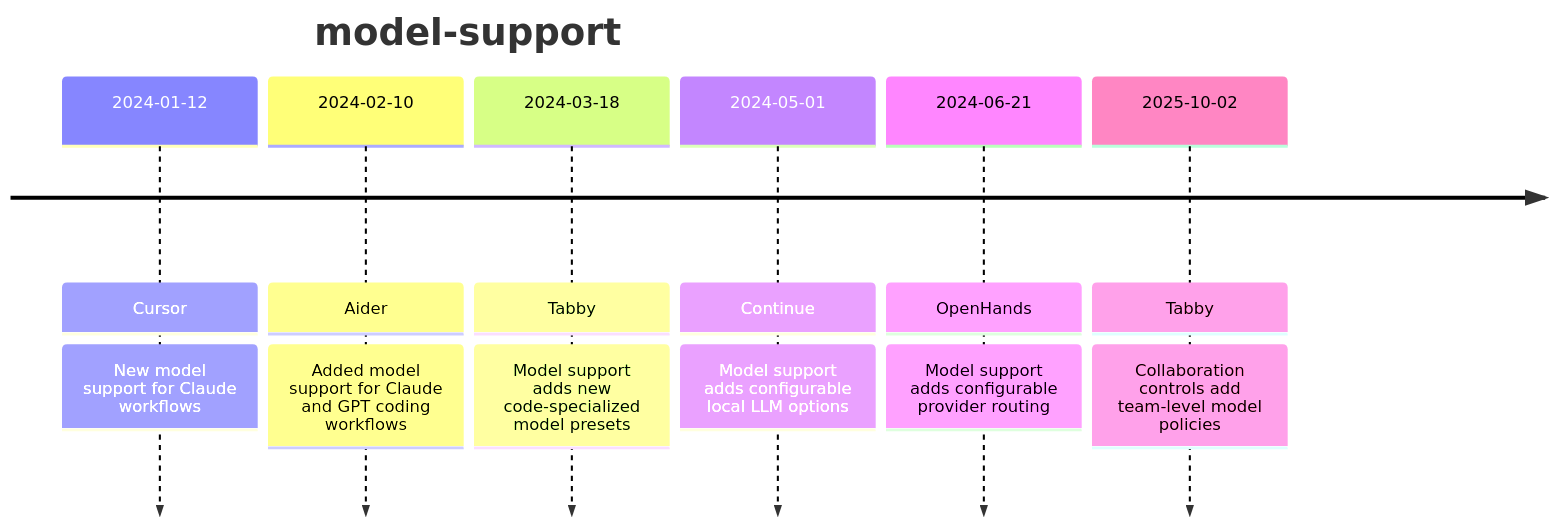
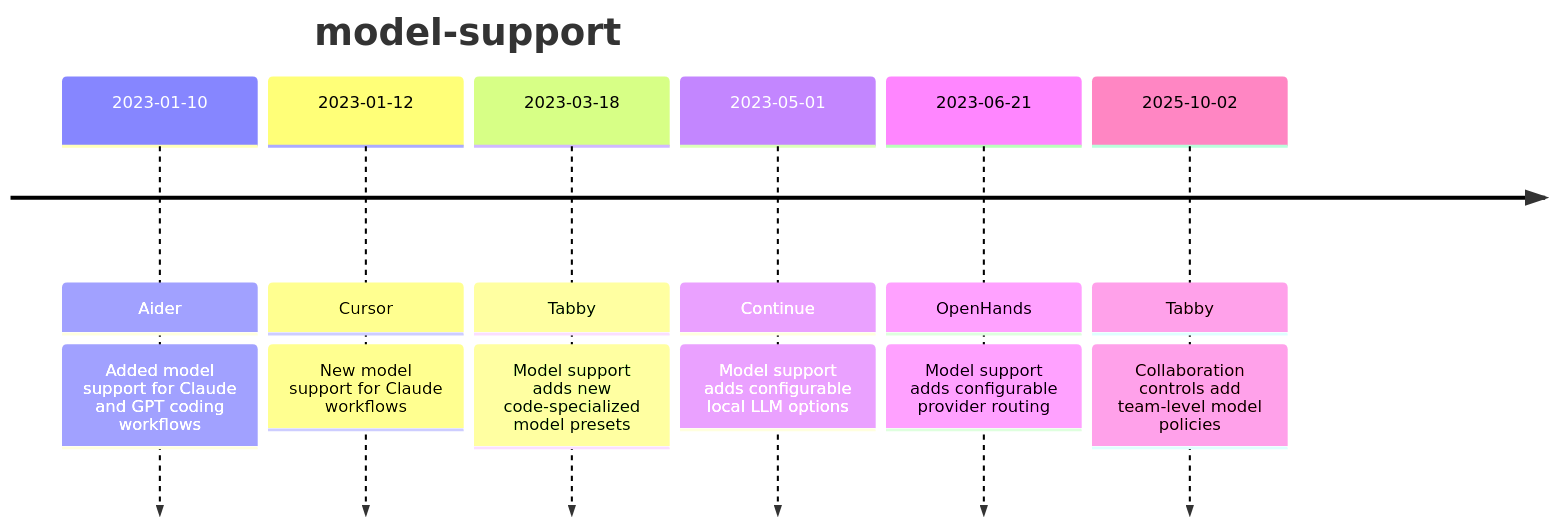
One commit to Wang-Shuo/chronolog changed the diagram in Themes/model-support.md. Above: the diagram before and after it, drawn with Mermaid. The commit also changed other lines of this file and 37 other files, not shown here.

````diff
--- a/Themes/model-support.md
+++ b/Themes/model-support.md
@@ -20,10 +20,10 @@
 ```mermaid
 timeline
     title model-support
-    2024-01-12 : Cursor : New model support for Claude workflows
-    2024-02-10 : Aider : Added model support for Claude and GPT coding workflows
-    2024-03-18 : Tabby : Model support adds new code-specialized model presets
-    2024-05-01 : Continue : Model support adds configurable local LLM options
-    2024-06-21 : OpenHands : Model support adds configurable provider routing
+    2023-01-10 : Aider : Added model support for Claude and GPT coding workflows
+    2023-01-12 : Cursor : New model support for Claude workflows
+    2023-03-18 : Tabby : Model support adds new code-specialized model presets
+    2023-05-01 : Continue : Model support adds configurable local LLM options
+    2023-06-21 : OpenHands : Model support adds configurable provider routing
     2025-10-02 : Tabby : Collaboration controls add team-level model policies
 ```
````
